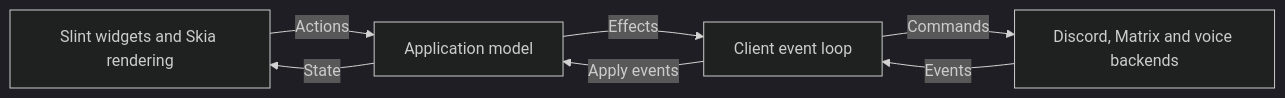
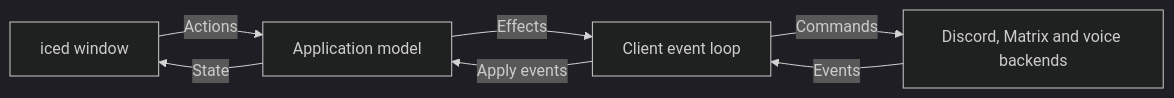
One commit to yapfast/yapfast changed the diagram in docs/architecture.md. Above: the diagram before and after it, drawn with Mermaid (dark theme). The commit also changed other lines of this file and 38 other files, not shown here.

First line of the commit message:
docs: describe the iced client as Yapfast's window

````diff
--- a/docs/architecture.md
+++ b/docs/architecture.md
@@ -21,9 +16,9 @@
 ```mermaid
 flowchart LR
-    UI[Slint widgets and Skia rendering] -->|Actions| App[Application model]
+    UI[iced window] -->|Actions| App[Application model]
     App -->|State| UI
     App -->|Effects| Adapter[Client event loop]
     Adapter -->|Commands| Backend[Discord, Matrix and voice backends]
     Backend -->|Events| Adapter
     Adapter -->|Apply events| App
 ```
````
